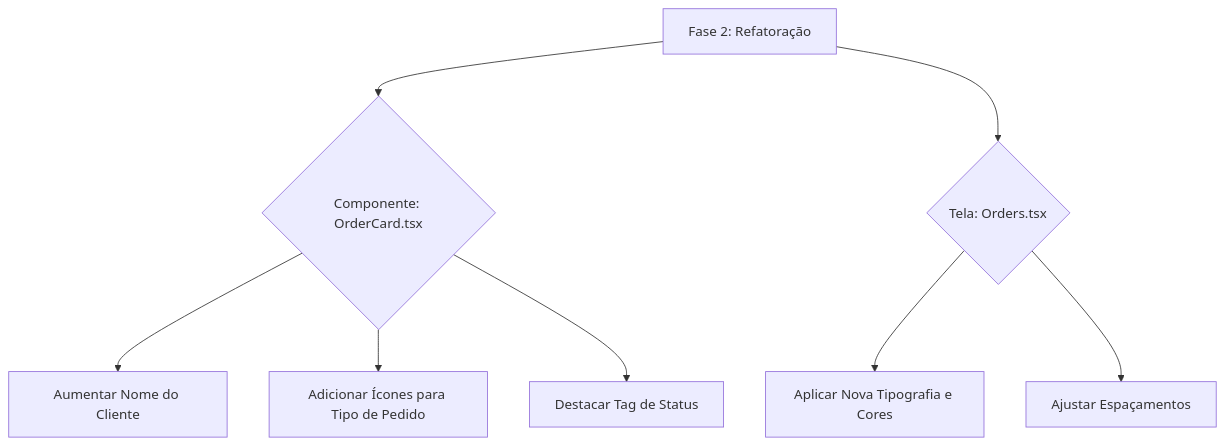
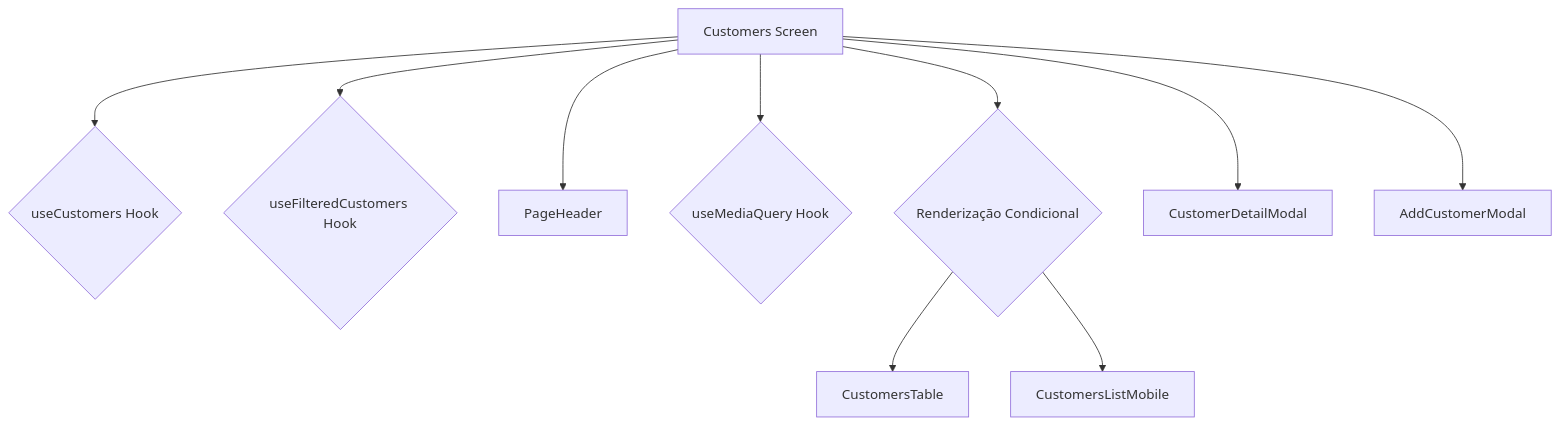
One commit to wagner840/front-restaurnte changed the diagram in REFACTORING_PLAN.md. Above: the diagram before and after it, drawn with Mermaid. The commit also changed other lines of this file and 32 other files, not shown here.

````diff
--- a/REFACTORING_PLAN.md
+++ b/REFACTORING_PLAN.md
@@ -45,10 +51,12 @@
 ```mermaid
 graph TD
-    F[Fase 2: Refatoração] --> G{Componente: OrderCard.tsx};
-    G --> H[Aumentar Nome do Cliente];
-    G --> I[Adicionar Ícones para Tipo de Pedido];
-    G --> J[Destacar Tag de Status];
-    F --> K{Tela: Orders.tsx};
-    K --> L[Aplicar Nova Tipografia e Cores];
-    K --> M[Ajustar Espaçamentos];
+    A[Customers Screen] --> B{useCustomers Hook};
+    A --> C{useFilteredCustomers Hook};
+    A --> D[PageHeader];
+    A --> E{useMediaQuery Hook};
+    A --> F{Renderização Condicional};
+    F --> G[CustomersTable];
+    F --> H[CustomersListMobile];
+    A --> I[CustomerDetailModal];
+    A --> J[AddCustomerModal];
 ```
````
